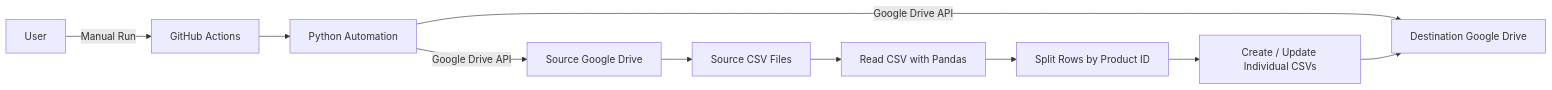
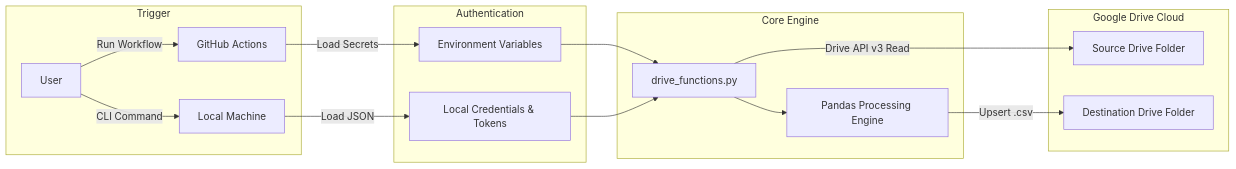
Before and after one commit to Dhanush104/google-drive-csv-automation: the first of 2 diagrams in README.md, drawn with Mermaid. The commit also changed other lines of this file, not shown here.

````diff
--- a/README.md
+++ b/README.md
@@ -60,16 +67,23 @@
 ```mermaid
 flowchart LR
-    U[User] -->|Manual Run| GA[GitHub Actions]
+    subgraph Trigger
+        U[User] -->|Run Workflow| GA[GitHub Actions]
+        U -->|CLI Command| LOCAL[Local Machine]
+    end
 
-    GA --> PY[Python Automation]
+    subgraph Authentication
+        GA -->|Load Secrets| ENV[Environment Variables]
+        LOCAL -->|Load JSON| FILES[Local Credentials & Tokens]
+    end
 
-    PY -->|Google Drive API| S[Source Google Drive]
-    PY -->|Google Drive API| D[Destination Google Drive]
+    subgraph Core Engine
+        ENV --> PY[drive_functions.py]
+        FILES --> PY
+        PY --> PANDAS[Pandas Processing Engine]
+    end
 
-    S --> CSV[Source CSV Files]
-    CSV --> READ[Read CSV with Pandas]
-    READ --> SPLIT[Split Rows by Product ID]
-
-    SPLIT --> CREATE[Create / Update Individual CSVs]
-    CREATE --> D
+    subgraph Google Drive Cloud
+        PY -->|Drive API v3 Read| SRC[Source Drive Folder]
+        PANDAS -->|Upsert <Product id>.csv| DST[Destination Drive Folder]
+    end
 ```
````
